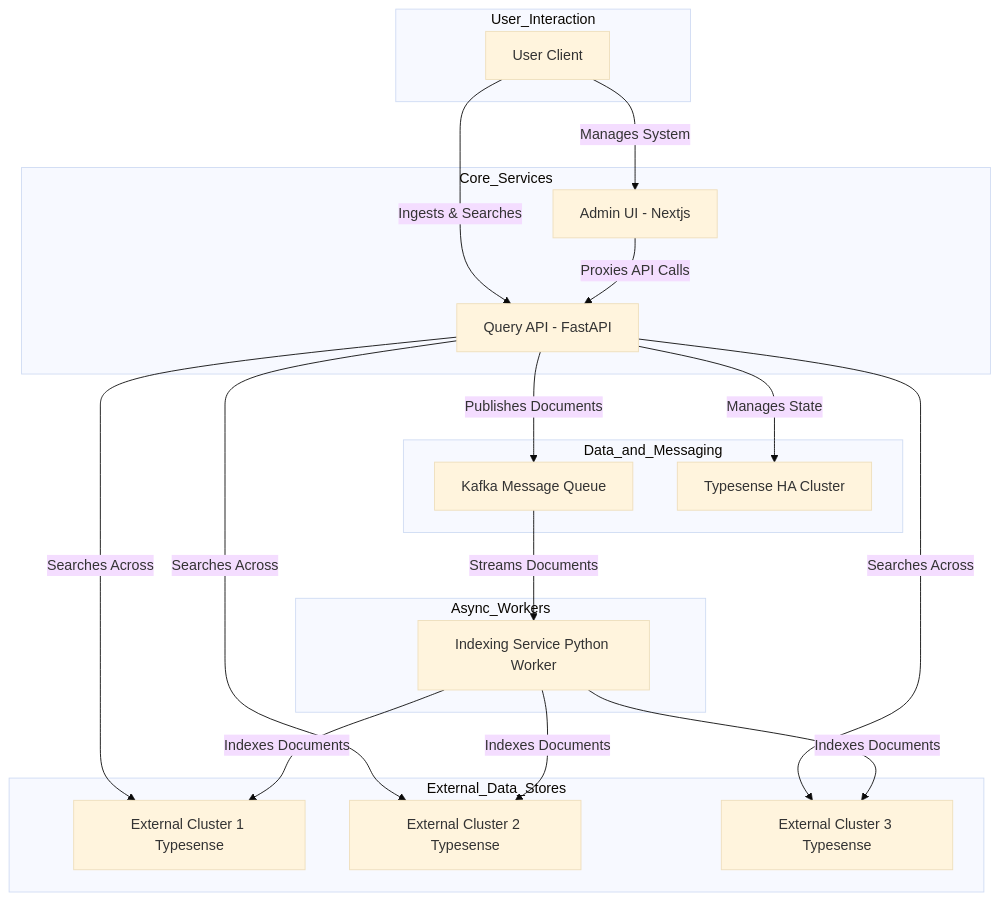
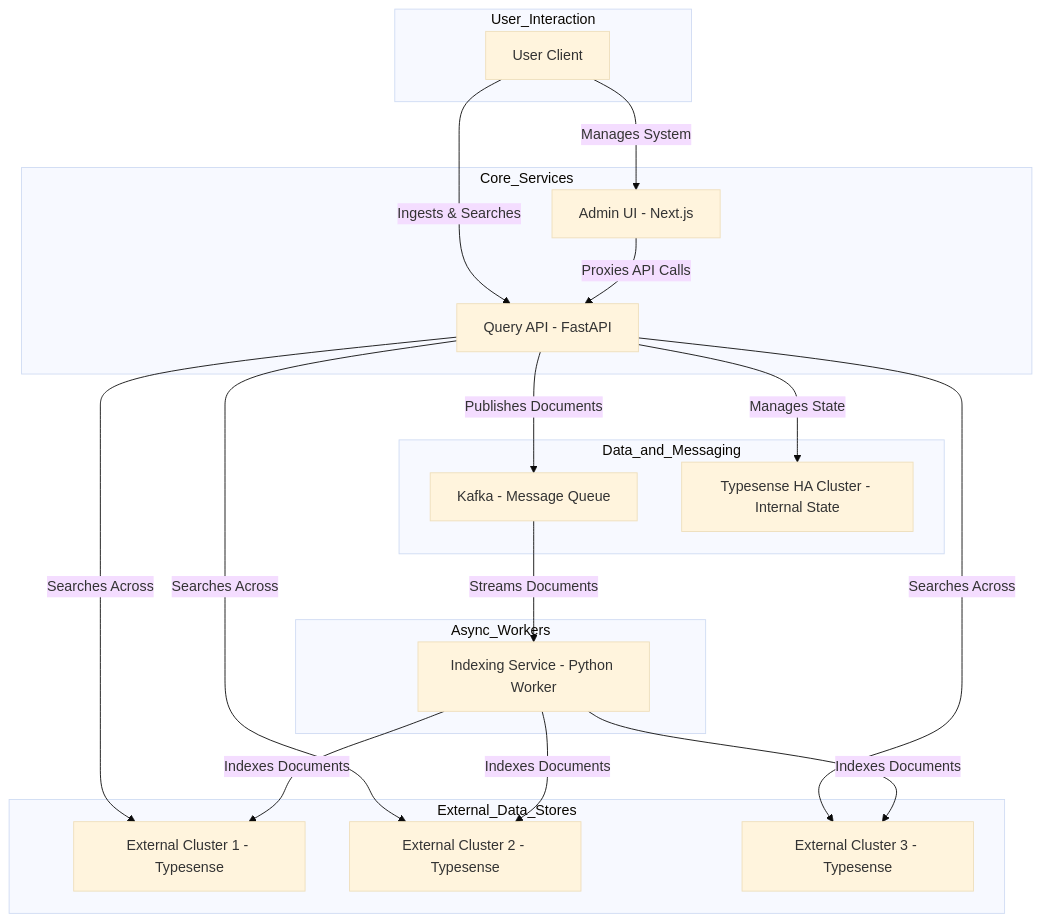
Before and after one commit to aantenore/imposbro-search: the diagram in README.md, drawn with Mermaid (base theme). The commit also changed other lines of this file, not shown here.

````diff
--- a/README.md
+++ b/README.md
@@ -32,44 +32,43 @@
 ```mermaid
 graph TD;
     subgraph User_Interaction
         A[User Client];
     end
 
     subgraph Core_Services
-        B[Admin UI - Nextjs];
+        B[Admin UI - Next.js];
         C[Query API - FastAPI];
     end
 
     subgraph Data_and_Messaging
-        D[Kafka Message Queue];
-        E[Typesense HA Cluster];
+        D[Kafka - Message Queue];
+        E[Typesense HA Cluster - Internal State];
     end
 
     subgraph Async_Workers
-        F[Indexing Service Python Worker];
+        F[Indexing Service - Python Worker];
     end
 
     subgraph External_Data_Stores
-        G[External Cluster 1 Typesense];
-        H[External Cluster 2 Typesense];
-        I[External Cluster 3 Typesense];
+        G[External Cluster 1 - Typesense];
+        H[External Cluster 2 - Typesense];
+        I[External Cluster 3 - Typesense];
     end
 
     A -->|Manages System| B;
     A -->|Ingests & Searches| C;
 
     B -->|Proxies API Calls| C;
 
     C -->|Publishes Documents| D;
     C -->|Manages State| E;
     C -->|Searches Across| G;
     C -->|Searches Across| H;
     C -->|Searches Across| I;
 
     D -->|Streams Documents| F;
     F -->|Indexes Documents| G;
     F -->|Indexes Documents| H;
     F -->|Indexes Documents| I;
 
-
 ```
````
